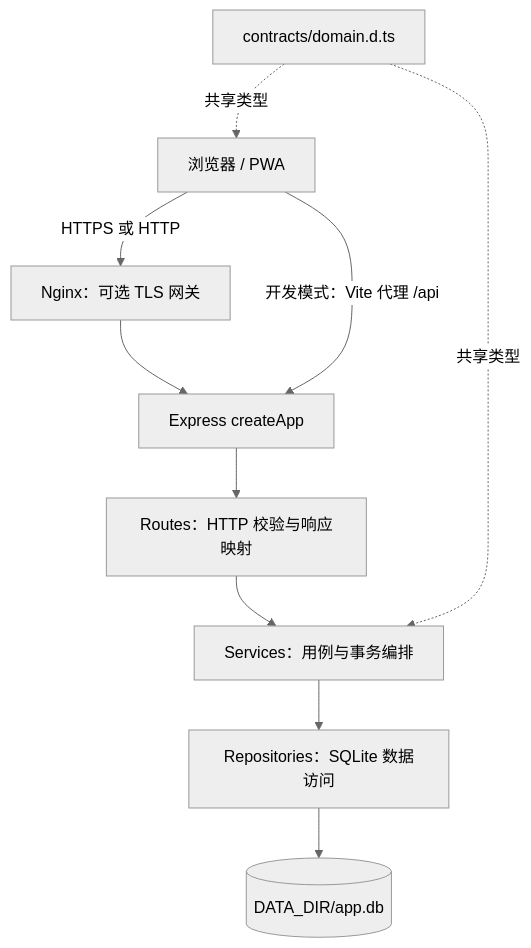
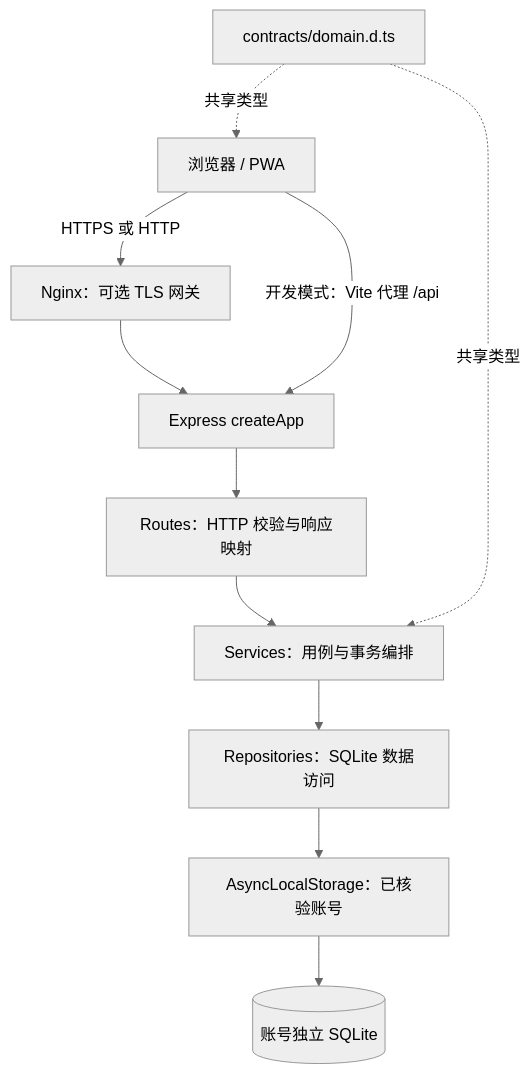
The diagram in docs/architecture.md (Joe8286312/sacred-focus), drawn with Mermaid (neutral theme) before and after one commit. The commit also changed other lines of this file and 54 other files, not shown here.

````diff
--- a/docs/architecture.md
+++ b/docs/architecture.md
@@ -7,12 +7,13 @@
 ```mermaid
 flowchart TD
   Browser[浏览器 / PWA] -->|HTTPS 或 HTTP| Gateway[Nginx：可选 TLS 网关]
   Gateway --> App[Express createApp]
   Browser -->|开发模式：Vite 代理 /api| App
   App --> Routes[Routes：HTTP 校验与响应映射]
   Routes --> Services[Services：用例与事务编排]
   Services --> Repositories[Repositories：SQLite 数据访问]
-  Repositories --> SQLite[(DATA_DIR/app.db)]
+  Repositories --> Scope[AsyncLocalStorage：已核验账号]
+  Scope --> SQLite[(账号独立 SQLite)]
   Contracts[contracts/domain.d.ts] -.共享类型.-> Browser
   Contracts -.共享类型.-> Services
 ```
````
